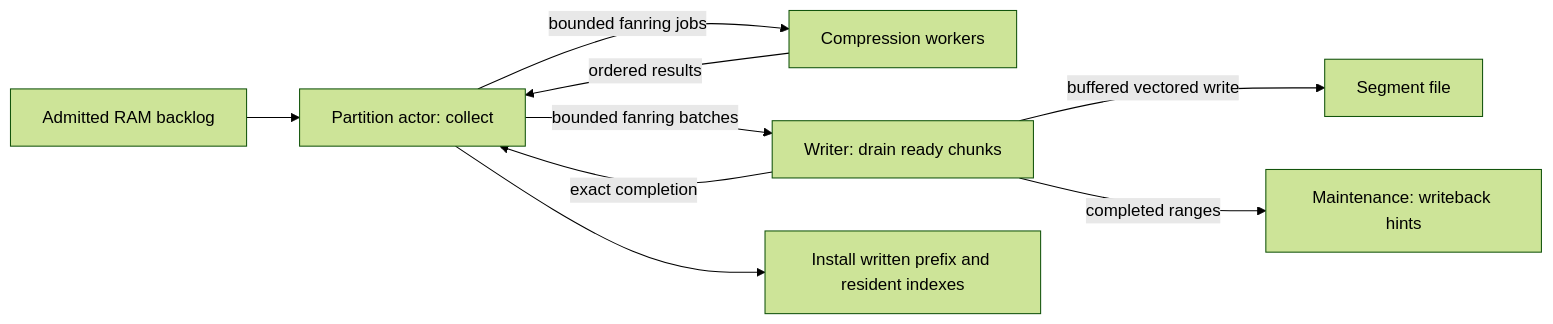
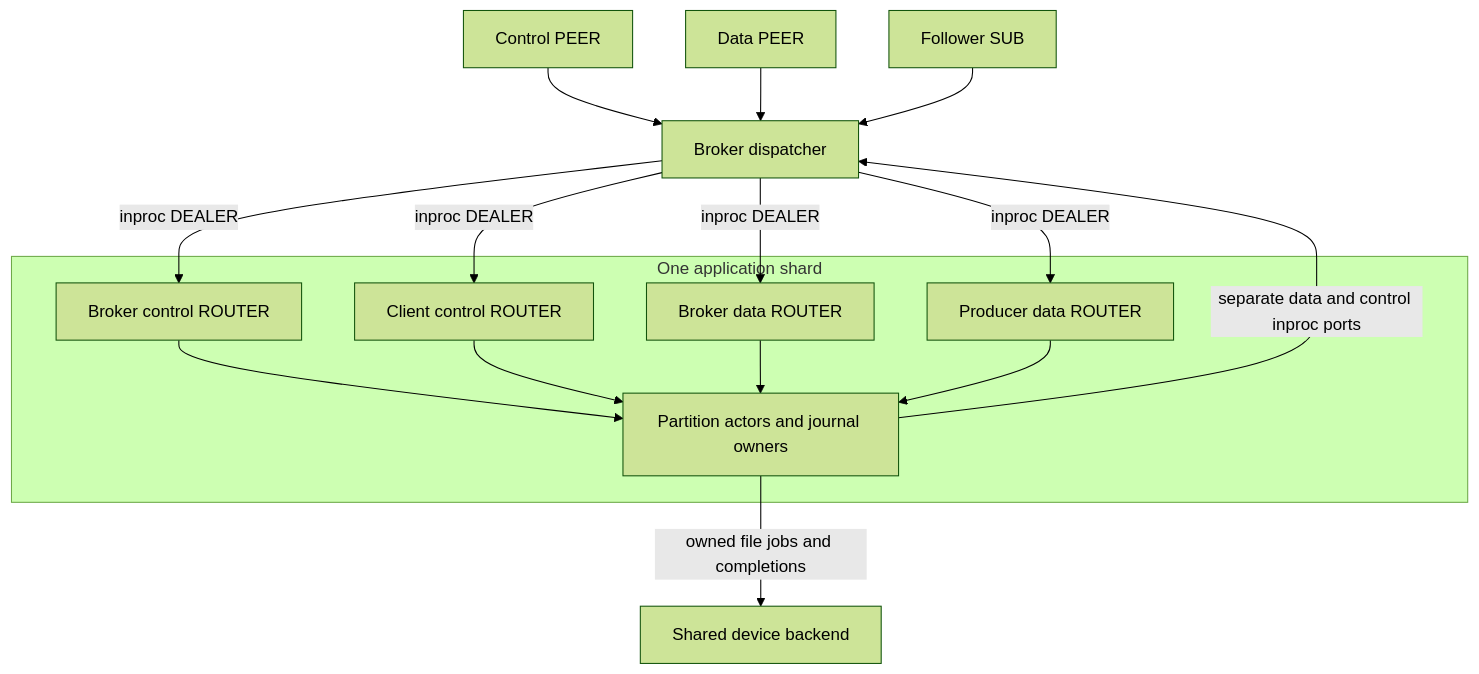
Before and after one commit to paddor/ozzy: the first of 3 diagrams in doc/RUNTIME.md, drawn with Mermaid (forest theme). The commit also changed other lines of this file and 518 other files, not shown here.

First line of the commit message:
Bound broker and SDK flow control

````diff
--- a/doc/RUNTIME.md
+++ b/doc/RUNTIME.md
@@ -358,11 +39,28 @@
 ```mermaid
-flowchart LR
-    Q[Admitted RAM backlog] --> J[Partition actor: collect]
-    J -->|bounded fanring jobs| C[Compression workers]
-    C -->|ordered results| J
-    J -->|bounded fanring batches| W[Writer: drain ready chunks]
-    W -->|buffered vectored write| S[Segment file]
-    W -->|completed ranges| M[Maintenance: writeback hints]
-    W -->|exact completion| J
-    J --> I[Install written prefix and resident indexes]
+flowchart TD
+    CP[Control PEER]
+    DP[Data PEER]
+    FS[Follower SUB]
+    D[Broker dispatcher]
+    subgraph S[One application shard]
+        BC[Broker control ROUTER]
+        CC[Client control ROUTER]
+        BD[Broker data ROUTER]
+        PD[Producer data ROUTER]
+        P[Partition actors and journal owners]
+        BC --> P
+        CC --> P
+        BD --> P
+        PD --> P
+    end
+    IO[Shared device backend]
+    CP --> D
+    DP --> D
+    FS --> D
+    D -->|inproc DEALER| BC
+    D -->|inproc DEALER| CC
+    D -->|inproc DEALER| BD
+    D -->|inproc DEALER| PD
+    P -->|separate data and control inproc ports| D
+    P -->|owned file jobs and completions| IO
 ```
````
